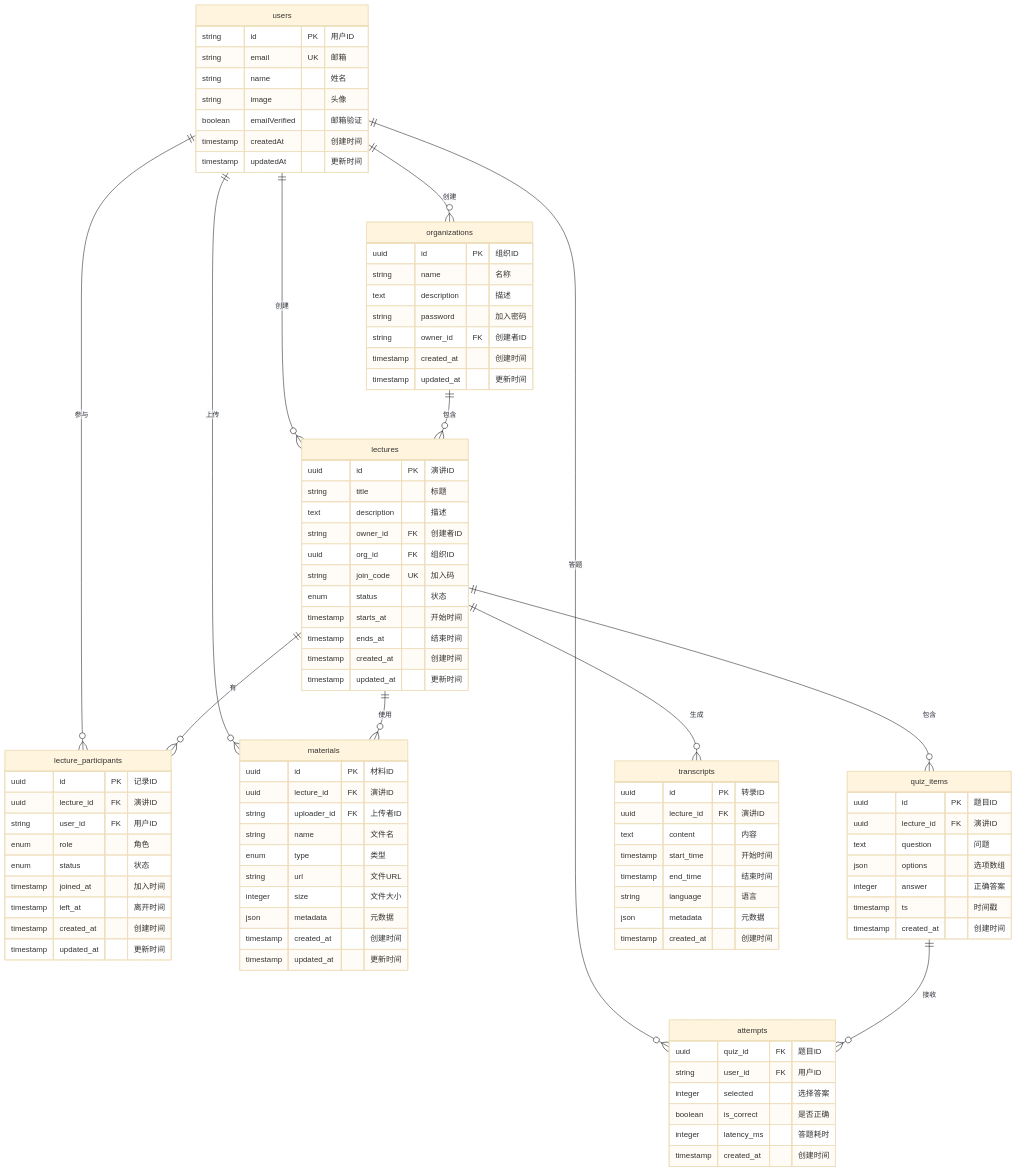
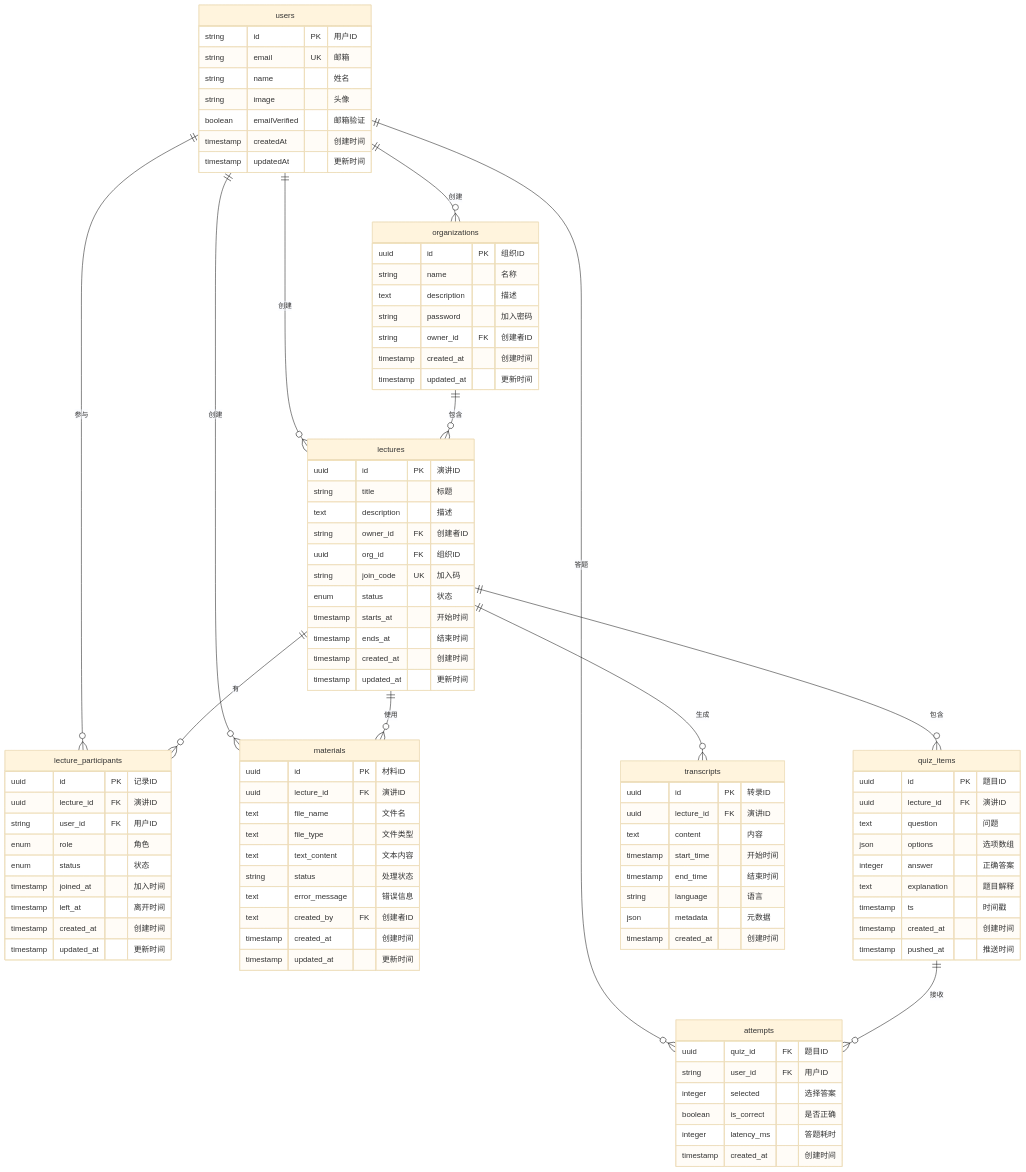
Before and after one commit to GeminiProjects/quizgen: the diagram in docs/database.md, drawn with Mermaid (base theme). The commit also changed other lines of this file and 4 other files, not shown here.

```diff
--- a/docs/database.md
+++ b/docs/database.md
@@ -77,7 +77,7 @@
     users ||--o{ lectures : "创建"
     users ||--o{ lecture_participants : "参与"
     users ||--o{ attempts : "答题"
-    users ||--o{ materials : "上传"
+    users ||--o{ materials : "创建"
     
     organizations ||--o{ lectures : "包含"
     
@@ -128,8 +128,10 @@
         text question "问题"
         json options "选项数组"
         integer answer "正确答案"
+        text explanation "题目解释"
         timestamp ts "时间戳"
         timestamp created_at "创建时间"
+        timestamp pushed_at "推送时间"
     }
     
     attempts {
@@ -156,12 +158,12 @@
     materials {
         uuid id PK "材料ID"
         uuid lecture_id FK "演讲ID"
-        string uploader_id FK "上传者ID"
-        string name "文件名"
-        enum type "类型"
-        string url "文件URL"
-        integer size "文件大小"
-        json metadata "元数据"
+        text file_name "文件名"
+        text file_type "文件类型"
+        text text_content "文本内容"
+        string status "处理状态"
+        text error_message "错误信息"
+        text created_by FK "创建者ID"
         timestamp created_at "创建时间"
         timestamp updated_at "更新时间"
     }
```
